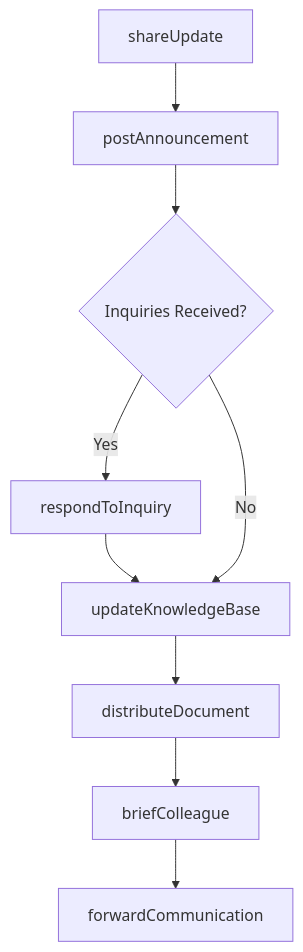
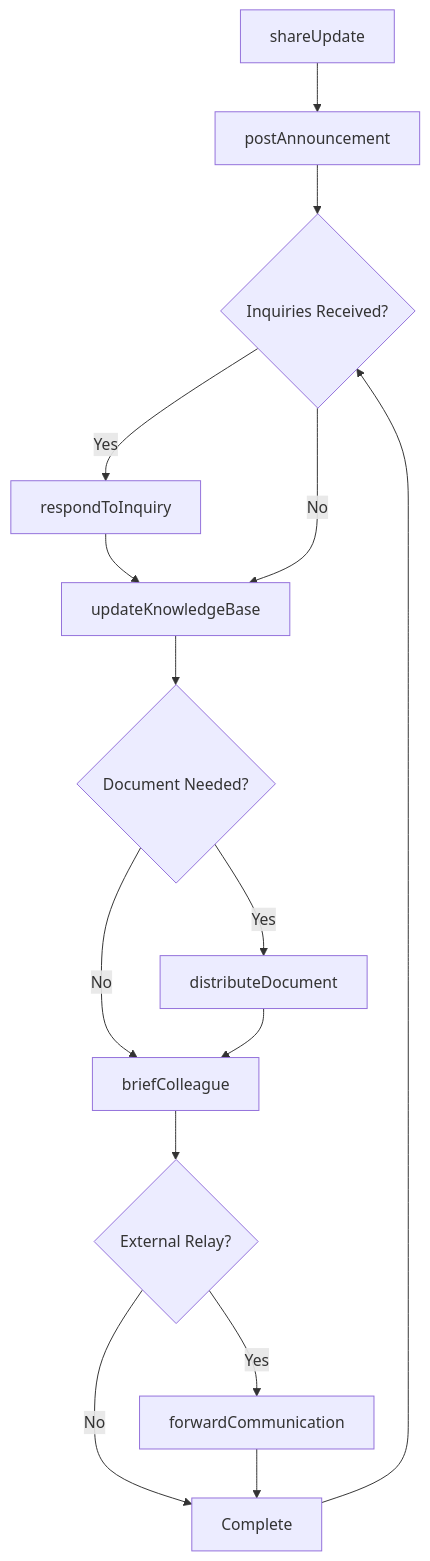
Before and after one commit to dot-org-ai/tasks.org.ai: the third of 4 diagrams in CommunicatingWithSupervisorsPeersOrSubordinates/CommunicateWithOthersAboutOperationalPlansOrActivities/ProvideInformationCoworkers.mdx, drawn with Mermaid. The commit also changed other lines of this file and 504 other files, not shown here.

First line of the commit message:
feat: Add ER diagrams, state diagrams, and workflow improvements to 96 DWA task files

````diff
--- a/CommunicatingWithSupervisorsPeersOrSubordinates/CommunicateWithOthersAboutOperationalPlansOrActivities/ProvideInformationCoworkers.mdx
+++ b/CommunicatingWithSupervisorsPeersOrSubordinates/CommunicateWithOthersAboutOperationalPlansOrActivities/ProvideInformationCoworkers.mdx
@@ -87,11 +117,17 @@
 ```mermaid
 graph TD
     A[shareUpdate] --> B[postAnnouncement]
     B --> C{Inquiries Received?}
     C -->|Yes| D[respondToInquiry]
     D --> E[updateKnowledgeBase]
     C -->|No| E
-    E --> F[distributeDocument]
-    F --> G[briefColleague]
-    G --> H[forwardCommunication]
+    E --> F{Document Needed?}
+    F -->|Yes| G[distributeDocument]
+    F -->|No| H[briefColleague]
+    G --> H
+    H --> I{External Relay?}
+    I -->|Yes| J[forwardCommunication]
+    I -->|No| K[Complete]
+    J --> K
+    K --> C
 ```
````
